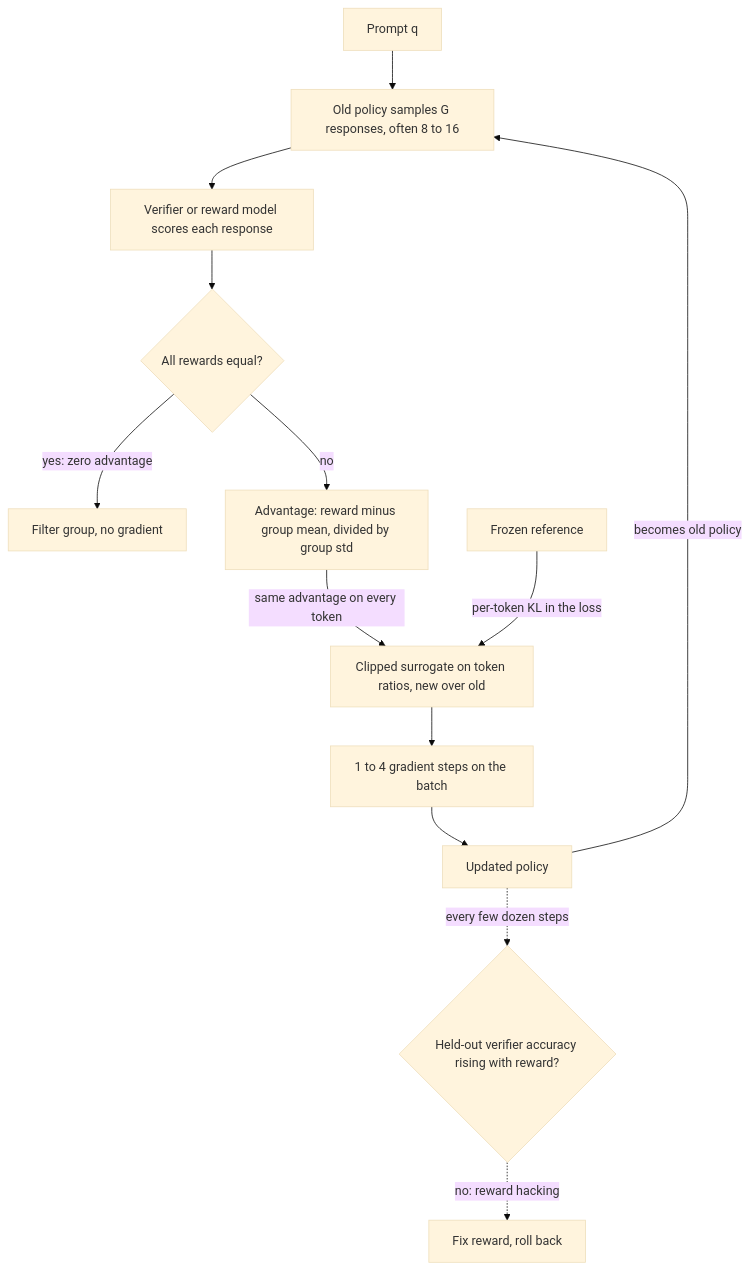
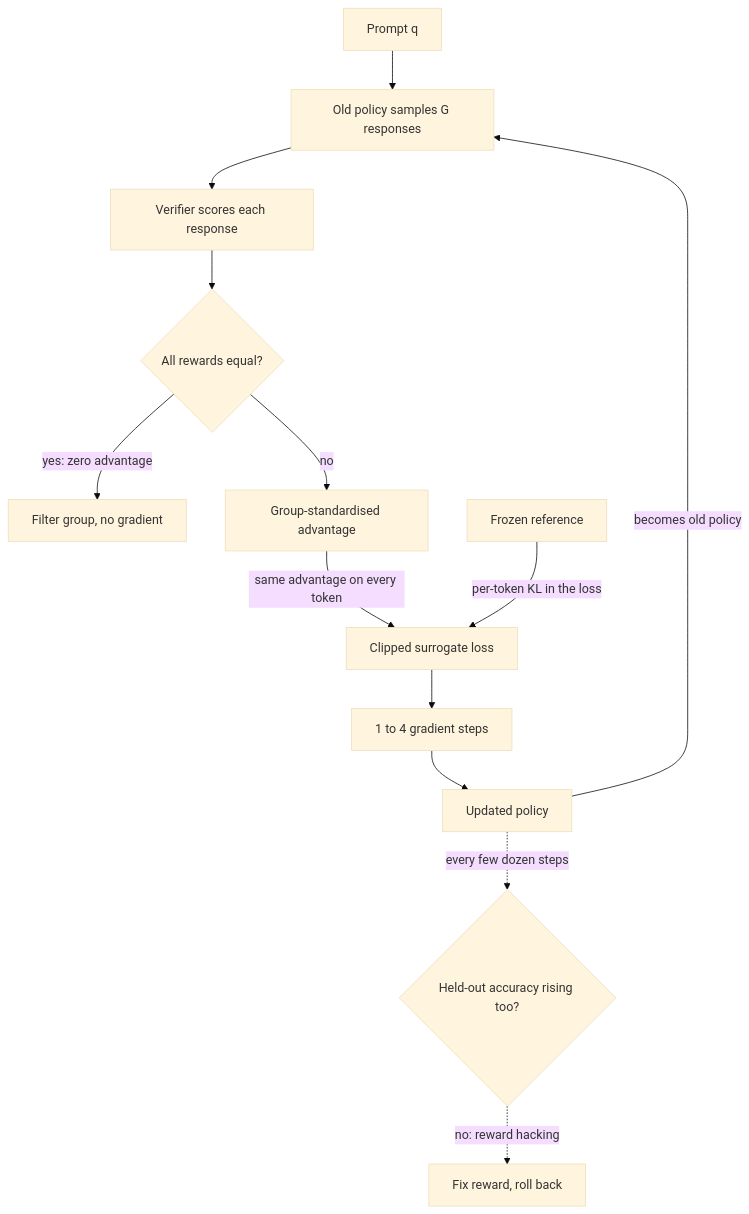
The diagram in content/training-adaptation/grpo.md (lovishmahajan97/agentic-learning), drawn with Mermaid (base theme) before and after one commit. The commit also changed other lines of this file and 278 other files, not shown here.

````diff
--- a/content/training-adaptation/grpo.md
+++ b/content/training-adaptation/grpo.md
@@ -127,15 +129,15 @@
 ```mermaid
 flowchart TD
-    Q["Prompt q"] --> OLD["Old policy samples G responses, often 8 to 16"]
-    OLD --> VR["Verifier or reward model scores each response"]
+    Q["Prompt q"] --> OLD["Old policy samples G responses"]
+    OLD --> VR["Verifier scores each response"]
     VR --> Z{"All rewards equal?"}
     Z -->|"yes: zero advantage"| DROP["Filter group, no gradient"]
-    Z -->|"no"| ADV["Advantage: reward minus group mean, divided by group std"]
-    ADV -->|"same advantage on every token"| CL["Clipped surrogate on token ratios, new over old"]
+    Z -->|"no"| ADV["Group-standardised advantage"]
+    ADV -->|"same advantage on every token"| CL["Clipped surrogate loss"]
     REF["Frozen reference"] -->|"per-token KL in the loss"| CL
-    CL --> UP["1 to 4 gradient steps on the batch"]
+    CL --> UP["1 to 4 gradient steps"]
     UP --> NEW["Updated policy"]
     NEW -->|"becomes old policy"| OLD
-    NEW -.->|"every few dozen steps"| HO{"Held-out verifier accuracy rising with reward?"}
+    NEW -.->|"every few dozen steps"| HO{"Held-out accuracy rising too?"}
     HO -.->|"no: reward hacking"| RW["Fix reward, roll back"]
 ```
````
